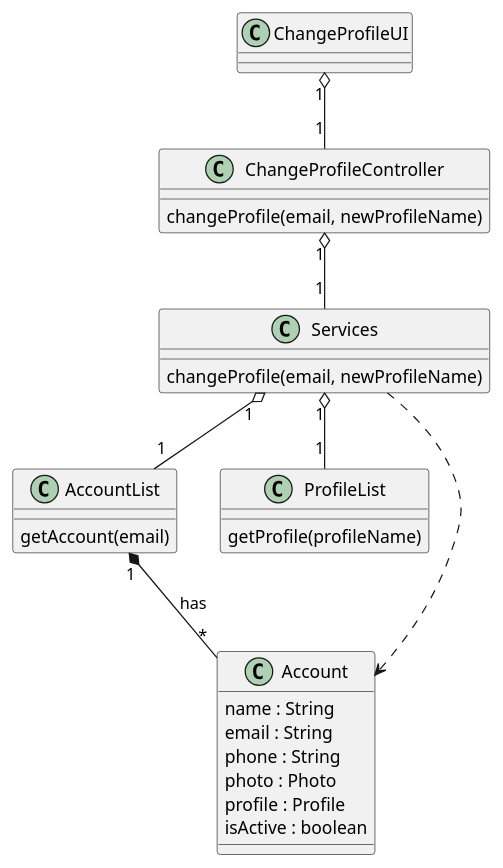
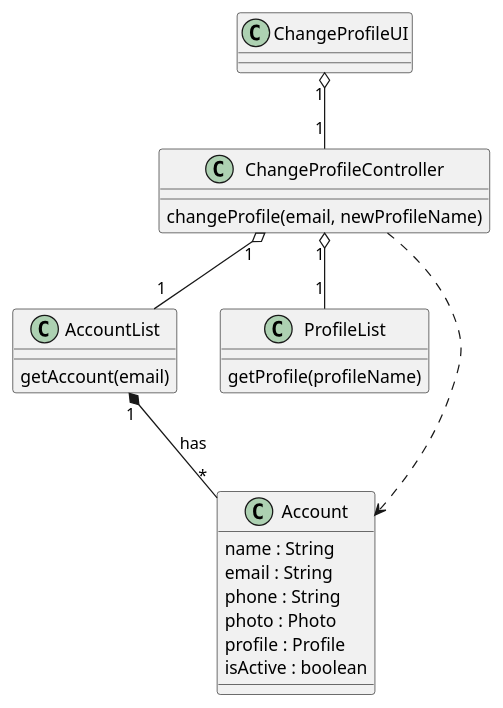
One commit to ivo-menezes/project_g3 changed the diagram in docs/modelling_design/user_stories/us003/US003_ChangeProfileCD.puml. Above: the diagram before and after it, drawn with PlantUML.

Commit message:
US003: Design: Corrected CD.

```diff
--- a/docs/modelling_design/user_stories/us003/US003_ChangeProfileCD.puml
+++ b/docs/modelling_design/user_stories/us003/US003_ChangeProfileCD.puml
@@ -1,41 +1,34 @@
   @startuml
 
 class ChangeProfileUI {}
 
 class ChangeProfileController {
-'services : Services
 changeProfile(email, newProfileName)
 }
 
-class Services {
-'accountList : AccountList
-'profileList : ProfileList
-changeProfile(email, newProfileName)
-}
 
 class AccountList {
 'accounts : List<Account>
 getAccount(email)
 }
 
 class ProfileList {
 getProfile(profileName)
 }
 
 class Account {
 name : String
 email : String
 phone : String
 photo : Photo
 profile : Profile
 isActive : boolean
 }
 
 ChangeProfileUI "1" o-- "1" ChangeProfileController
-ChangeProfileController "1" o-- "1" Services
-Services "1" o-- "1" AccountList
-Services "1" o-- "1"  ProfileList
-Services ..> Account
+ChangeProfileController "1" o-- "1" AccountList
+ChangeProfileController  "1" o-- "1"  ProfileList
+ChangeProfileController ..> Account
 AccountList "1" *-- "*" Account : has
 
 @enduml
```
